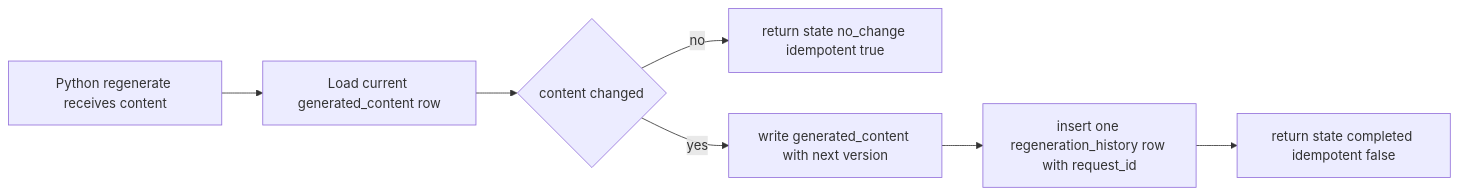
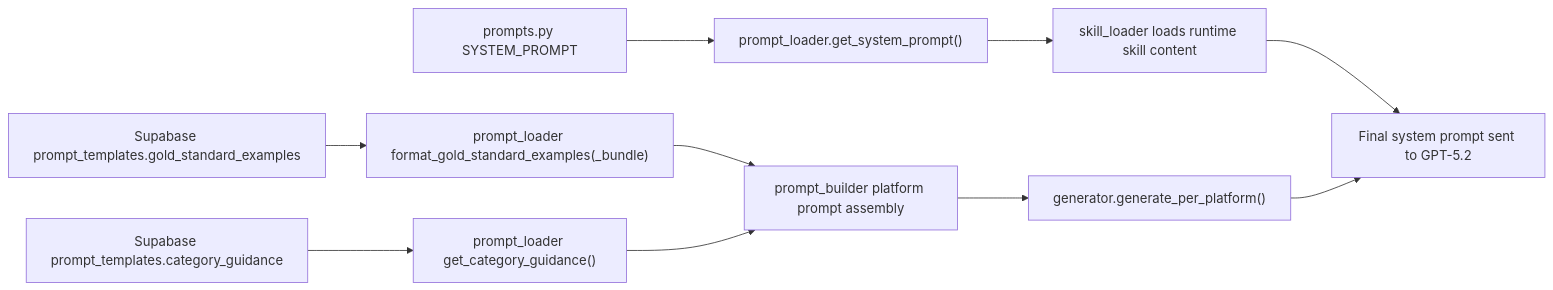
Before and after one commit to bobby-andris/Allied-FeedOps: the third of 4 diagrams in docs/architecture/2026-02-26-prompt-source-and-generation-flow.md, drawn with Mermaid. The commit also changed other lines of this file and 9 other files, not shown here.

````diff
--- a/docs/architecture/2026-02-26-prompt-source-and-generation-flow.md
+++ b/docs/architecture/2026-02-26-prompt-source-and-generation-flow.md
@@ -90,9 +54,12 @@
 ```mermaid
 flowchart LR
-  A["Python regenerate receives content"] --> B["Load current generated_content row"]
-  B --> C{"content changed"}
-  C -- "no" --> D["return state no_change idempotent true"]
-  C -- "yes" --> E["write generated_content with next version"]
-  E --> F["insert one regeneration_history row with request_id"]
-  F --> G["return state completed idempotent false"]
+  A["prompts.py SYSTEM_PROMPT"] --> B["prompt_loader.get_system_prompt()"]
+  B --> C["skill_loader loads runtime skill content"]
+  C --> D["Final system prompt sent to GPT-5.2"]
+  E["Supabase prompt_templates.gold_standard_examples"] --> F["prompt_loader format_gold_standard_examples(_bundle)"]
+  G["Supabase prompt_templates.category_guidance"] --> H["prompt_loader get_category_guidance()"]
+  F --> I["prompt_builder platform prompt assembly"]
+  H --> I
+  I --> J["generator.generate_per_platform()"]
+  J --> D
 ```
````
